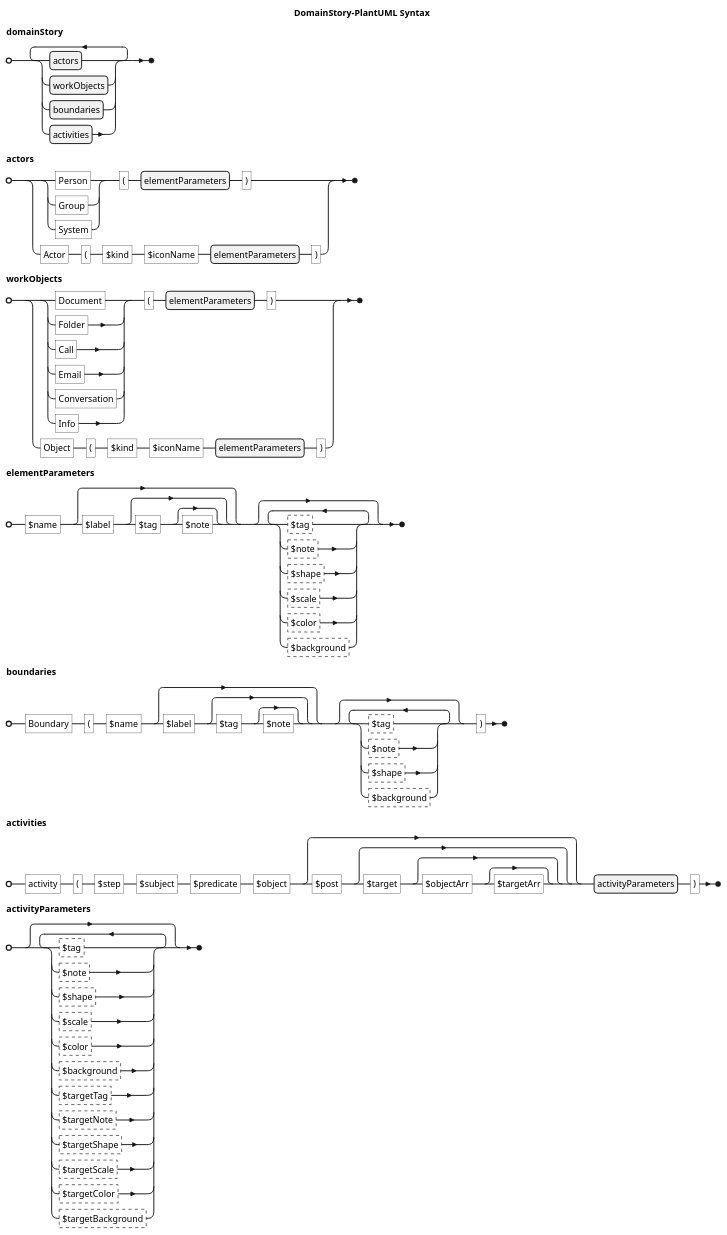
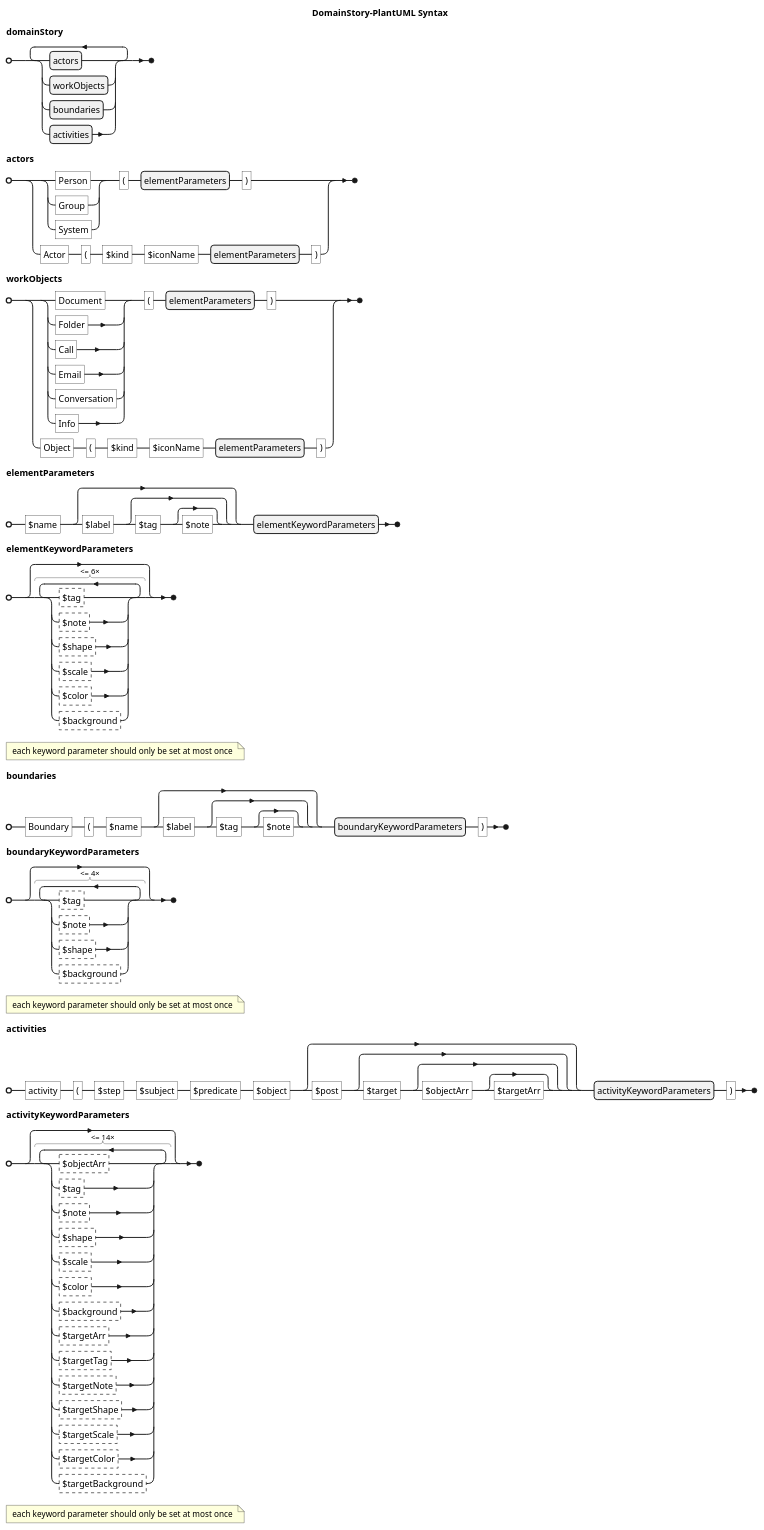
The diagram in assets/macroSyntax.puml (johthor/DomainStory-PlantUML), drawn with PlantUML before and after one commit.

Commit message:
Add explaining comments to parameters intended as keyword parameters
Issue: #8

```diff
--- a/assets/macroSyntax.puml
+++ b/assets/macroSyntax.puml
@@ -1,19 +1,28 @@
 @startebnf
 title DomainStory-PlantUML Syntax
 
 domainStory = { actors | workObjects | boundaries | activities }-;
 
-actors = ( ("Person" | "Group" | "System"), "(", elementParameters, ")" ) |\
-( "Actor", "(", "$kind", "$iconName", elementParameters, ")" );
+actors = ( ("Person" | "Group" | "System"), "(", elementParameters, ")" )
+    | ( "Actor", "(", "$kind", "$iconName", elementParameters, ")" );
 
-workObjects = ( ("Document" | "Folder" | "Call" | "Email" | "Conversation" | "Info"), "(", elementParameters, ")" ) |\
-( "Object", "(", "$kind", "$iconName", elementParameters, ")" );
+workObjects = ( ("Document" | "Folder" | "Call" | "Email" | "Conversation" | "Info"), "(", elementParameters, ")" )
+    | ( "Object", "(", "$kind", "$iconName", elementParameters, ")" );
 
-elementParameters = "$name",[ "$label", ["$tag", ["$note"] ] ], { ?$tag? | ?$note? | ?$shape? | ?$scale? | ?$color? | ?$background? };
+elementParameters = "$name",[ "$label", ["$tag", ["$note"] ] ], elementKeywordParameters;
 
-boundaries = "Boundary", "(", "$name", [ "$label", ["$tag", ["$note"] ] ], { ?$tag? | ?$note? | ?$shape? | ?$background? },")";
+elementKeywordParameters = [ "<= 6" * ( ?$tag? | ?$note? | ?$shape? | ?$scale? | ?$color? | ?$background? ) ];
+(* each keyword parameter should only be set at most once *)
 
-activities = "activity", "(", "$step", "$subject", "$predicate", "$object", [ "$post", ["$target", [ "$objectArr", ["$targetArr"] ] ] ], activityParameters,")";
-activityParameters = { ?$tag? | ?$note? | ?$shape? | ?$scale? | ?$color? | ?$background? |\
-?$targetTag? | ?$targetNote? | ?$targetShape? | ?$targetScale? | ?$targetColor? | ?$targetBackground? };
+boundaries = "Boundary", "(", "$name", [ "$label", ["$tag", ["$note"] ] ], boundaryKeywordParameters, ")";
+
+boundaryKeywordParameters = [ "<= 4" * ( ?$tag? | ?$note? | ?$shape? | ?$background? ) ];
+(* each keyword parameter should only be set at most once *)
+
+activities = "activity", "(", "$step", "$subject", "$predicate", "$object",\
+    [ "$post", ["$target", [ "$objectArr", ["$targetArr"] ] ] ], activityKeywordParameters,")";
+
+activityKeywordParameters = [ "<= 14" * ( ?$objectArr? |?$tag? | ?$note? | ?$shape? | ?$scale? | ?$color? | ?$background?
+    | ?$targetArr? | ?$targetTag? | ?$targetNote? | ?$targetShape? | ?$targetScale? | ?$targetColor? | ?$targetBackground? ) ];
+(* each keyword parameter should only be set at most once *)
 @endebnf
```
